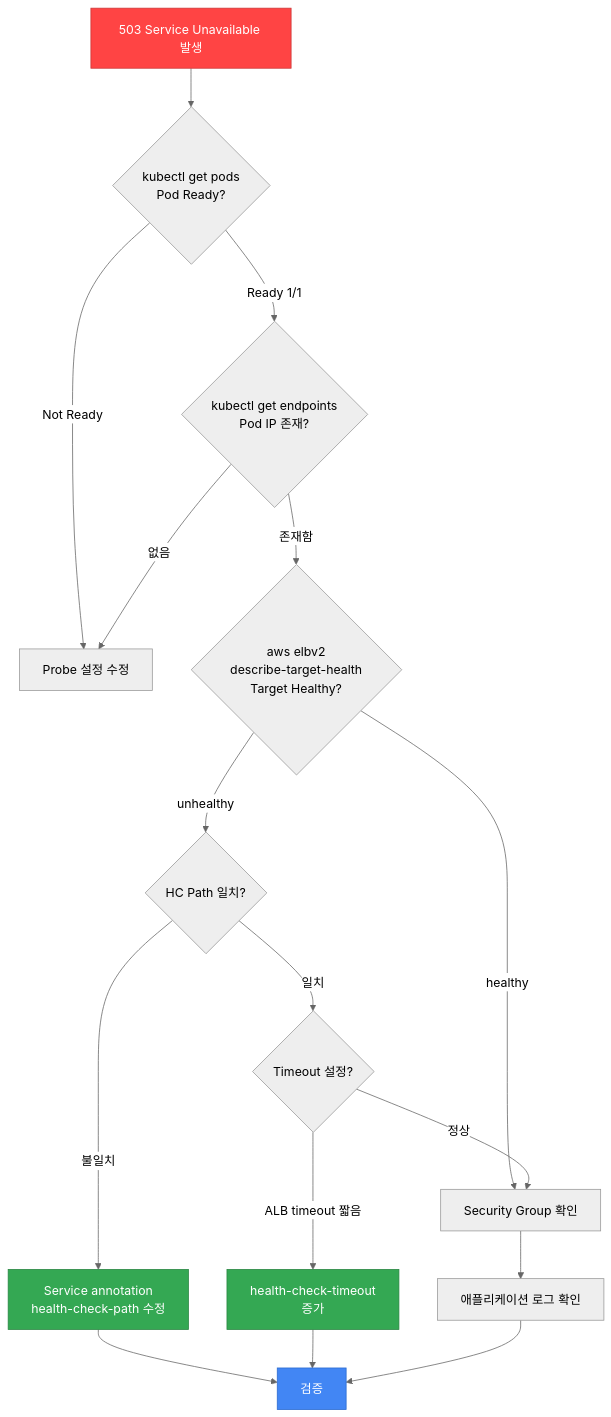
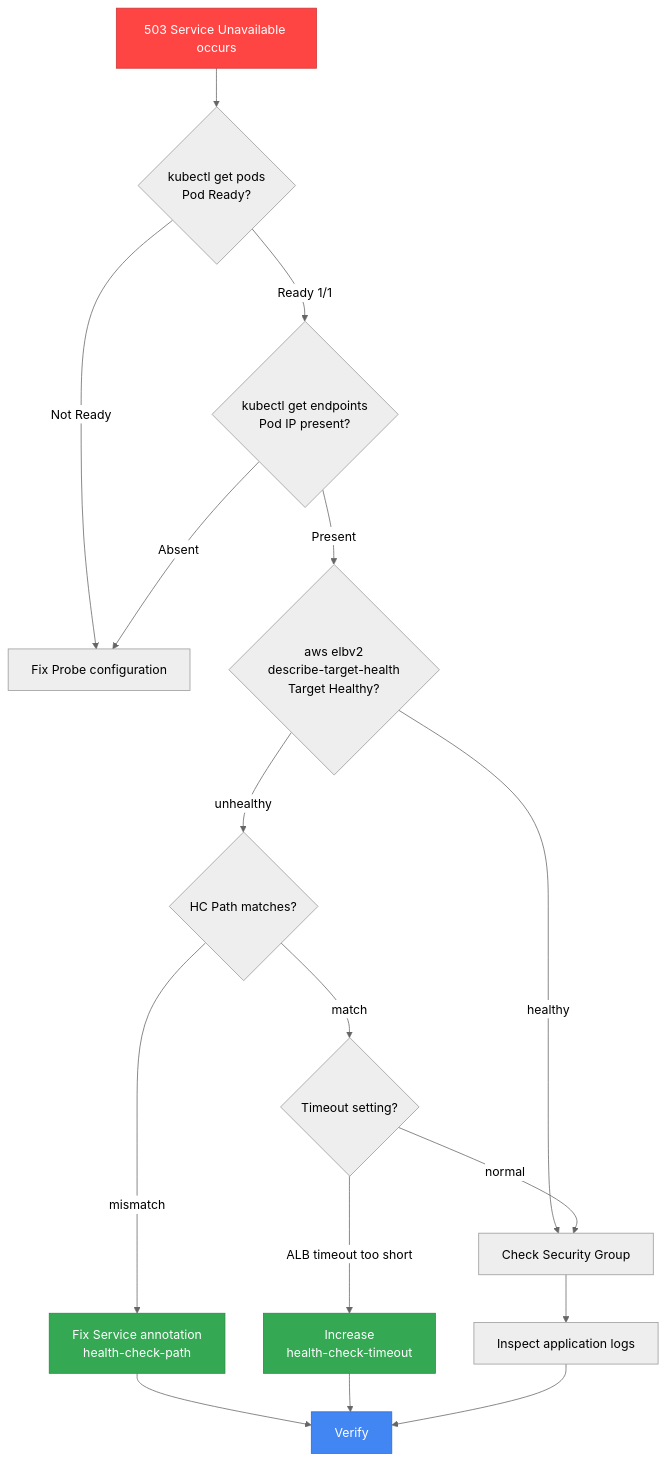
One commit to devfloor9/engineering-playbook changed the first of 3 diagrams in docs/eks-best-practices/operations-reliability/eks-debugging/health-check-mismatch.md. Above: the diagram before and after it, drawn with Mermaid (neutral theme). The commit also changed other lines of this file and 954 other files, not shown here.

````diff
--- a/docs/eks-best-practices/operations-reliability/eks-debugging/health-check-mismatch.md
+++ b/docs/eks-best-practices/operations-reliability/eks-debugging/health-check-mismatch.md
@@ -134,28 +134,28 @@
 ```mermaid
 flowchart TD
-    START[503 Service Unavailable 발생] --> CHECK_POD{kubectl get pods<br/>Pod Ready?}
-    CHECK_POD -->|Ready 1/1| CHECK_EP{kubectl get endpoints<br/>Pod IP 존재?}
-    CHECK_POD -->|Not Ready| FIX_PROBE[Probe 설정 수정]
+    START[503 Service Unavailable occurs] --> CHECK_POD{kubectl get pods<br/>Pod Ready?}
+    CHECK_POD -->|Ready 1/1| CHECK_EP{kubectl get endpoints<br/>Pod IP present?}
+    CHECK_POD -->|Not Ready| FIX_PROBE[Fix Probe configuration]
 
-    CHECK_EP -->|존재함| CHECK_TG{aws elbv2<br/>describe-target-health<br/>Target Healthy?}
-    CHECK_EP -->|없음| FIX_PROBE
+    CHECK_EP -->|Present| CHECK_TG{aws elbv2<br/>describe-target-health<br/>Target Healthy?}
+    CHECK_EP -->|Absent| FIX_PROBE
 
-    CHECK_TG -->|healthy| CHECK_SG[Security Group 확인]
-    CHECK_TG -->|unhealthy| PATH_MISMATCH{HC Path 일치?}
+    CHECK_TG -->|healthy| CHECK_SG[Check Security Group]
+    CHECK_TG -->|unhealthy| PATH_MISMATCH{HC Path matches?}
 
-    PATH_MISMATCH -->|불일치| FIX_PATH[Service annotation<br/>health-check-path 수정]
-    PATH_MISMATCH -->|일치| TIMEOUT{Timeout 설정?}
+    PATH_MISMATCH -->|mismatch| FIX_PATH[Fix Service annotation<br/>health-check-path]
+    PATH_MISMATCH -->|match| TIMEOUT{Timeout setting?}
 
-    TIMEOUT -->|ALB timeout 짧음| FIX_TIMEOUT[health-check-timeout<br/>증가]
-    TIMEOUT -->|정상| CHECK_SG
+    TIMEOUT -->|ALB timeout too short| FIX_TIMEOUT[Increase<br/>health-check-timeout]
+    TIMEOUT -->|normal| CHECK_SG
 
-    CHECK_SG --> CHECK_APP[애플리케이션 로그 확인]
-    FIX_PATH --> VERIFY[검증]
+    CHECK_SG --> CHECK_APP[Inspect application logs]
+    FIX_PATH --> VERIFY[Verify]
     FIX_TIMEOUT --> VERIFY
     CHECK_APP --> VERIFY
 
     style START fill:#ff4444,stroke:#cc3636,color:#fff
     style FIX_PATH fill:#34a853,stroke:#2a8642,color:#fff
     style FIX_TIMEOUT fill:#34a853,stroke:#2a8642,color:#fff
     style VERIFY fill:#4286f4,stroke:#2a6acf,color:#fff
 ```
````
